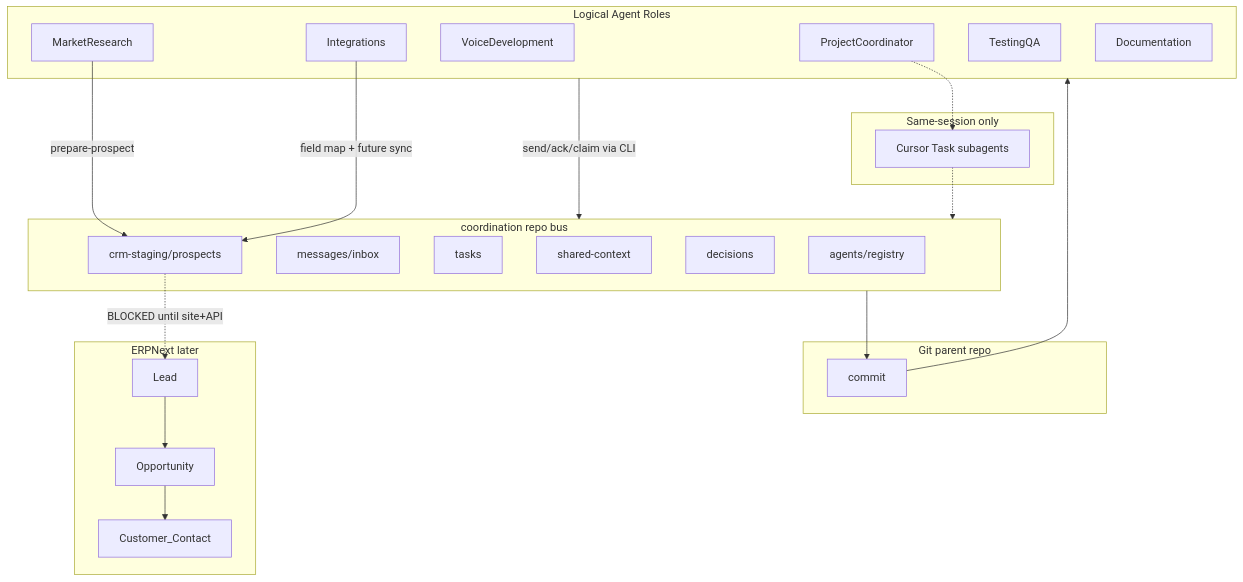
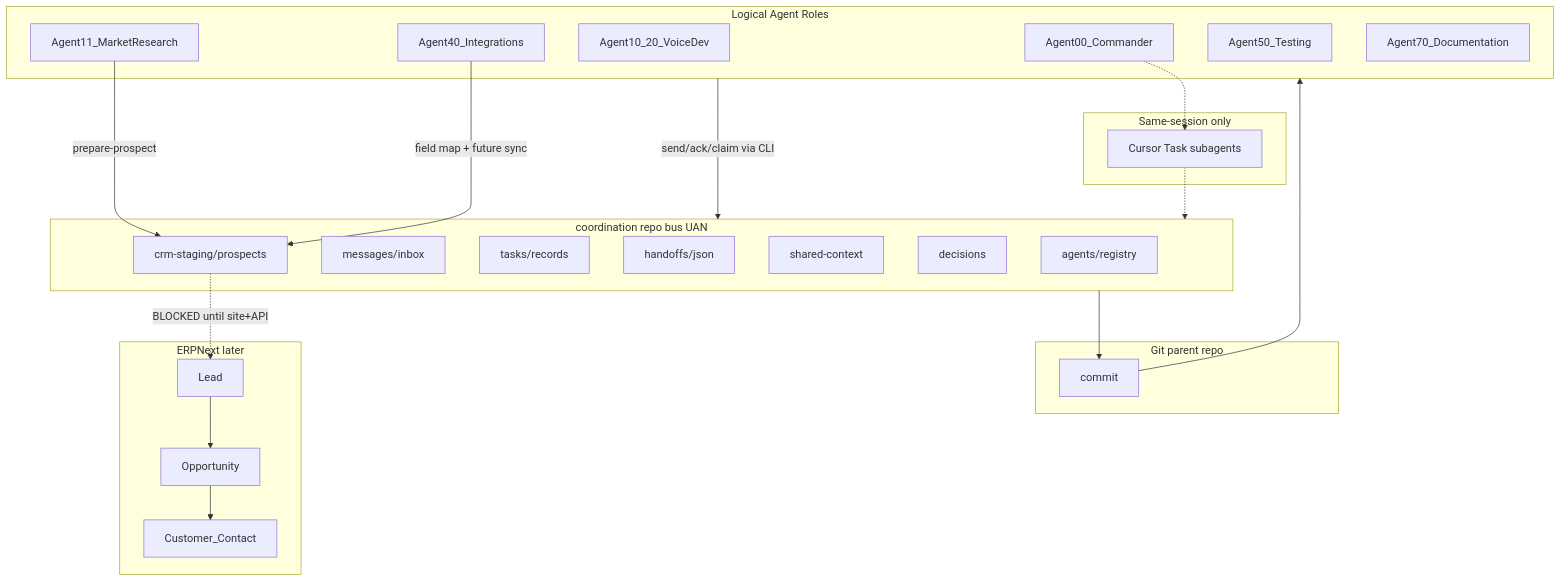
The diagram in booking agents/demo agent/coordination/architecture.md (unlovedproductions/local-bussinesses), drawn with Mermaid before and after one commit. The commit also changed other lines of this file and 34 other files, not shown here.

First line of the commit message:
Evolve coordination bus into UAN-CORE M1–M4 for voice agents.

````diff
--- a/booking agents/demo agent/coordination/architecture.md
+++ b/booking agents/demo agent/coordination/architecture.md
@@ -25,44 +28,45 @@
 ```mermaid
 flowchart TB
   subgraph agents [Logical Agent Roles]
-    Coord[ProjectCoordinator]
-    Market[MarketResearch]
-    Voice[VoiceDevelopment]
-    Integ[Integrations]
-    QA[TestingQA]
-    Docs[Documentation]
+    Coord[Agent00_Commander]
+    Market[Agent11_MarketResearch]
+    Voice[Agent10_20_VoiceDev]
+    Integ[Agent40_Integrations]
+    QA[Agent50_Testing]
+    Docs[Agent70_Documentation]
   end
 
-  subgraph coordLayer [coordination repo bus]
+  subgraph coordLayer [coordination repo bus UAN]
     Registry[agents/registry]
     Inbox[messages/inbox]
-    Tasks[tasks]
+    Tasks[tasks/records]
+    Handoffs[handoffs/json]
     Knowledge[shared-context]
     Decisions[decisions]
     CrmStaging[crm-staging/prospects]
   end
 
   subgraph gitWF [Git parent repo]
     Commit[commit]
   end
 
   subgraph native [Same-session only]
     TaskTool[Cursor Task subagents]
   end
 
   subgraph erpnextFuture [ERPNext later]
     Lead[Lead]
     Opp[Opportunity]
     Cust[Customer_Contact]
   end
 
   agents -->|send/ack/claim via CLI| coordLayer
   Market -->|prepare-prospect| CrmStaging
   Integ -->|field map + future sync| CrmStaging
   CrmStaging -.->|BLOCKED until site+API| Lead
   Lead --> Opp --> Cust
   coordLayer --> Commit
   Commit --> agents
   Coord -.-> TaskTool
   TaskTool -.-> coordLayer
 ```
````
